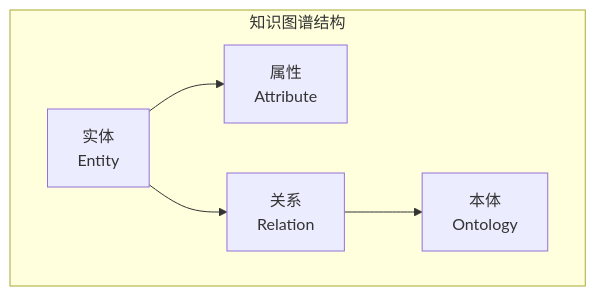
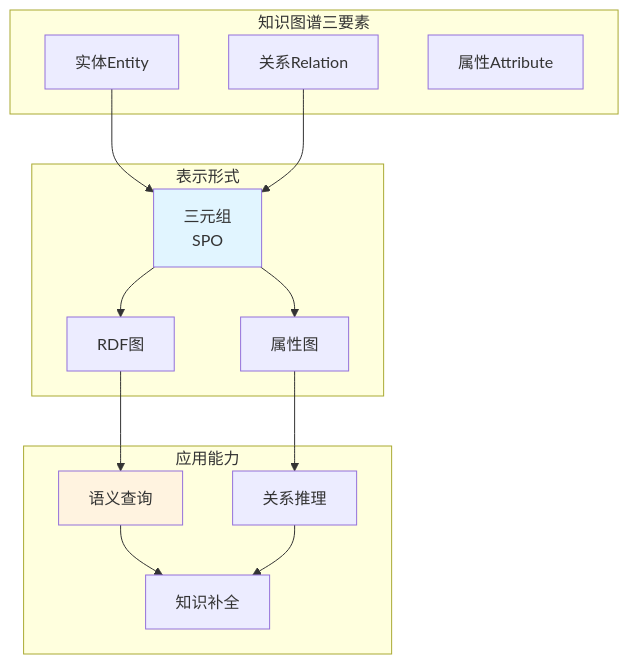
The first of 3 diagrams in book/part3-agents/chapter17-rag-system/17.3-knowledge-graph-construction-and-maintenance.md (Leavesfly/TinyAI), drawn with Mermaid before and after one commit. The commit also changed other lines of this file and 40 other files, not shown here.

````diff
--- a/book/part3-agents/chapter17-rag-system/17.3-knowledge-graph-construction-and-maintenance.md
+++ b/book/part3-agents/chapter17-rag-system/17.3-knowledge-graph-construction-and-maintenance.md
@@ -33,13 +28,32 @@
 ```mermaid
 graph TB
-    subgraph "知识图谱结构"
-        A[实体<br/>Entity]
-        B[属性<br/>Attribute]
-        C[关系<br/>Relation]
-        D[本体<br/>Ontology]
+    subgraph "知识图谱三要素"
+        A[实体Entity]
+        B[关系Relation]
+        C[属性Attribute]
     end
     
-    A --> B
-    A --> C
-    C --> D
+    subgraph "表示形式"
+        D[三元组<br/>SPO]
+        E[RDF图]
+        F[属性图]
+    end
+    
+    subgraph "应用能力"
+        G[语义查询]
+        H[关系推理]
+        I[知识补全]
+    end
+    
+    A --> D
+    B --> D
+    D --> E
+    D --> F
+    E --> G
+    F --> H
+    G --> I
+    H --> I
+    
+    style D fill:#e1f5ff
+    style G fill:#fff3e0
 ```
````
